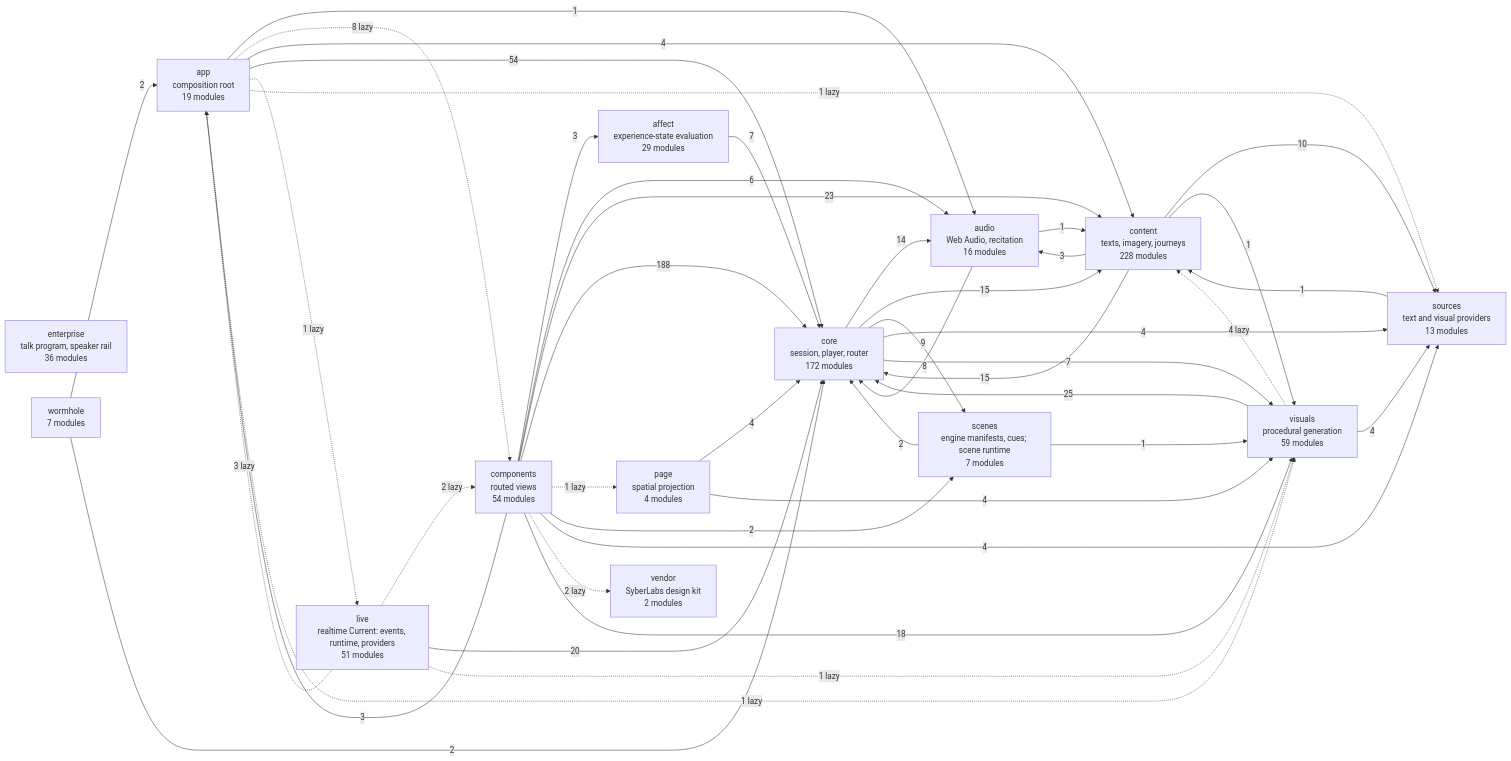
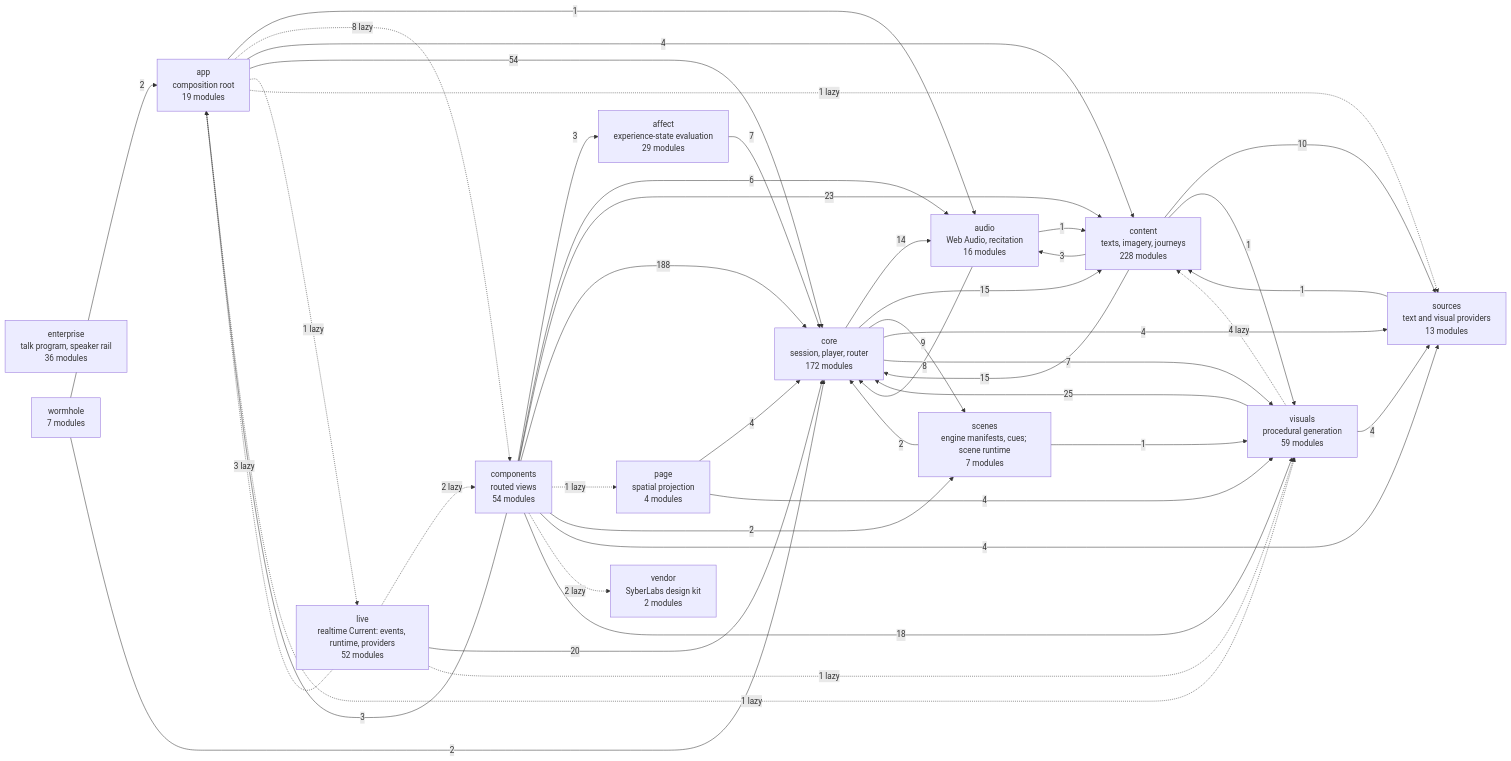
One commit to SyberLabs/RISE changed the diagram in docs/specs/ARCHITECTURE.md. Above: the diagram before and after it, drawn with Mermaid. The commit also changed 11 other files, not shown here.

````diff
--- a/docs/specs/ARCHITECTURE.md
+++ b/docs/specs/ARCHITECTURE.md
@@ -161,61 +161,61 @@
 ```mermaid
 flowchart LR
     affect["affect<br/>experience-state evaluation<br/>29 modules"]
     app["app<br/>composition root<br/>19 modules"]
     audio["audio<br/>Web Audio, recitation<br/>16 modules"]
     components["components<br/>routed views<br/>54 modules"]
     content["content<br/>texts, imagery, journeys<br/>228 modules"]
     core["core<br/>session, player, router<br/>172 modules"]
     enterprise["enterprise<br/>talk program, speaker rail<br/>36 modules"]
-    live["live<br/>realtime Current: events, runtime, providers<br/>51 modules"]
+    live["live<br/>realtime Current: events, runtime, providers<br/>52 modules"]
     page["page<br/>spatial projection<br/>4 modules"]
     scenes["scenes<br/>engine manifests, cues; scene runtime<br/>7 modules"]
     sources["sources<br/>text and visual providers<br/>13 modules"]
     vendor["vendor<br/>SyberLabs design kit<br/>2 modules"]
     visuals["visuals<br/>procedural generation<br/>59 modules"]
     wormhole["wormhole<br/>7 modules"]
 
     affect --> |7| core
     app --> |1| audio
     app -.-> |8 lazy| components
     app --> |4| content
     app --> |54| core
     app -.-> |1 lazy| live
     app -.-> |1 lazy| sources
     app -.-> |1 lazy| visuals
     audio --> |1| content
     audio --> |8| core
     components --> |3| affect
     components --> |3| app
     components --> |6| audio
     components --> |23| content
     components --> |188| core
     components -.-> |1 lazy| page
     components --> |2| scenes
     components --> |4| sources
     components -.-> |2 lazy| vendor
     components --> |18| visuals
     content --> |3| audio
     content --> |15| core
     content --> |10| sources
     content --> |1| visuals
     core --> |14| audio
     core --> |15| content
     core --> |9| scenes
     core --> |4| sources
     core --> |7| visuals
     live -.-> |3 lazy| app
     live -.-> |2 lazy| components
     live --> |20| core
     live -.-> |1 lazy| visuals
     page --> |4| core
     page --> |4| visuals
     scenes --> |2| core
     scenes --> |1| visuals
     sources --> |1| content
     visuals -.-> |4 lazy| content
     visuals --> |25| core
     visuals --> |4| sources
     wormhole --> |2| app
     wormhole --> |2| core
 ```
````
